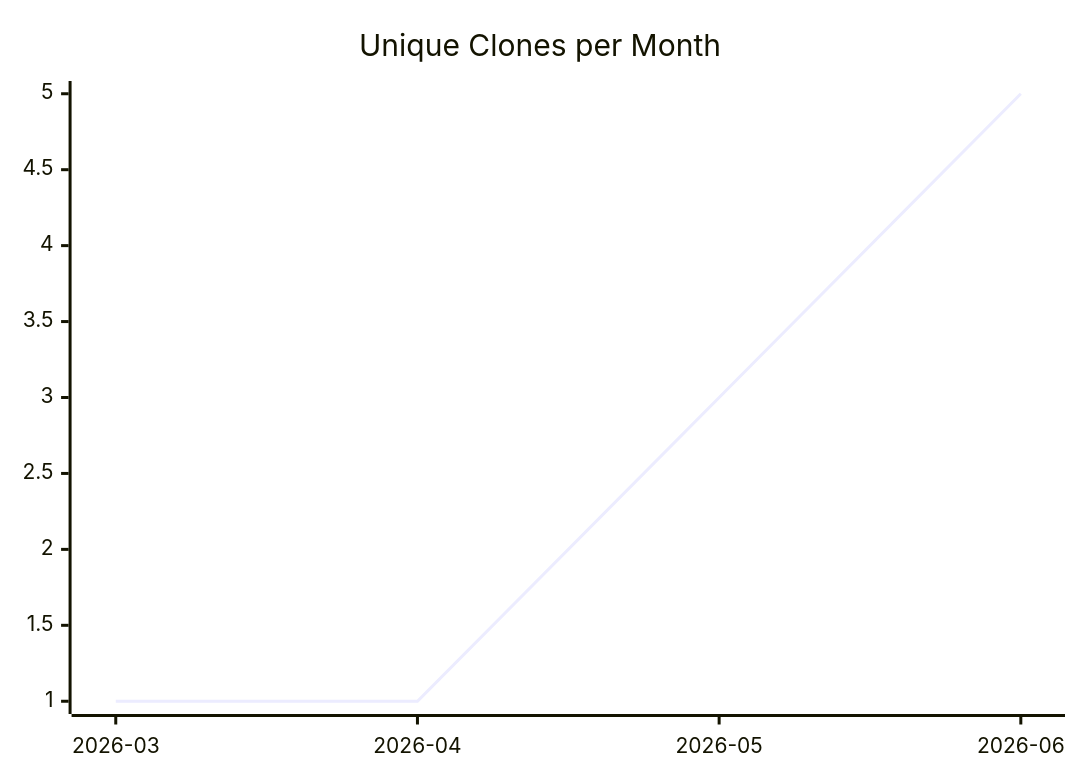
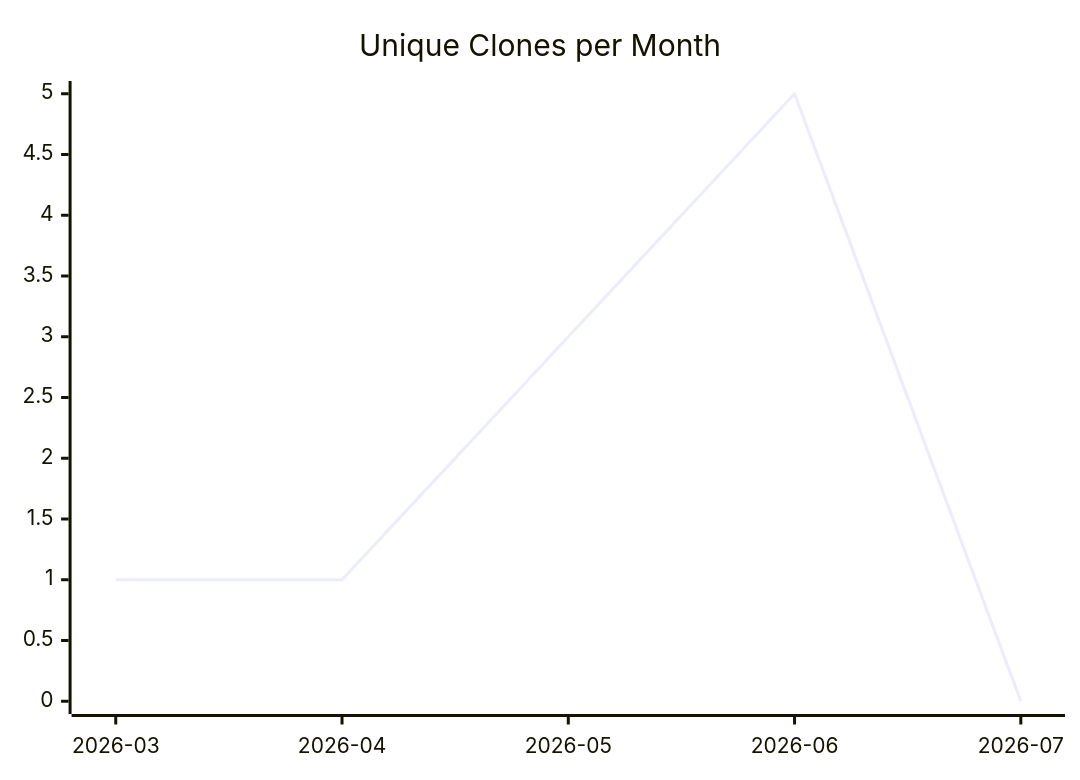
Before and after one commit to justdavis-family/github-analytics-data: the third of 3 diagrams in karlmdavis/ansible/README.md, drawn with Mermaid. The commit also changed other lines of this file and 199 other files, not shown here.

````diff
--- a/karlmdavis/ansible/README.md
+++ b/karlmdavis/ansible/README.md
@@ -19,6 +19,6 @@
 ```mermaid
 xychart-beta
   title "Unique Clones per Month"
-  x-axis ["2026-03", "2026-04", "2026-05", "2026-06"]
-  line [1, 1, 3, 5]
+  x-axis ["2026-03", "2026-04", "2026-05", "2026-06", "2026-07"]
+  line [1, 1, 3, 5, 0]
 ```
````
